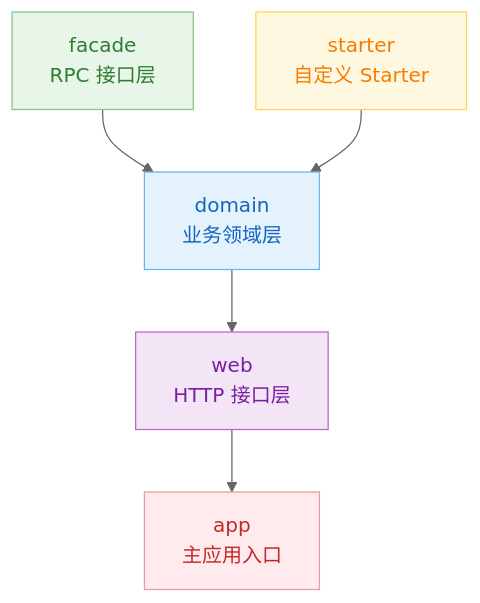
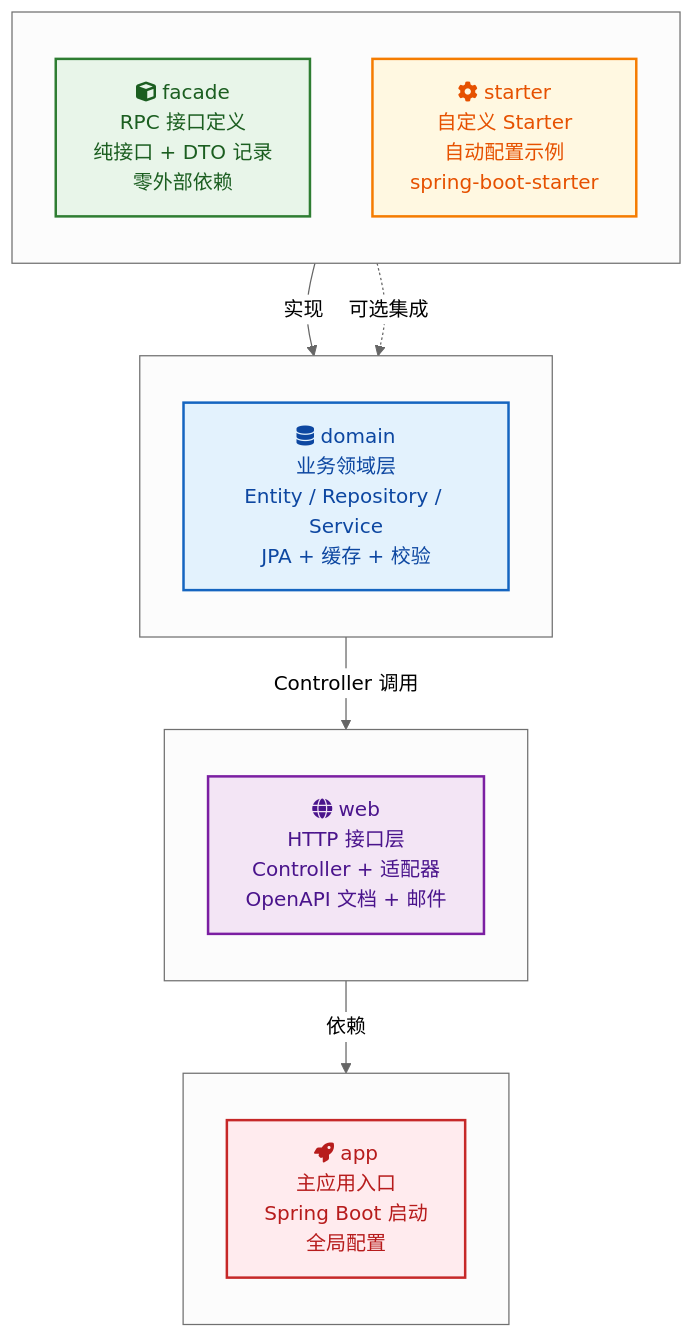
One commit to Ib3b/shopping-mall changed the diagram in README.md. Above: the diagram before and after it, drawn with Mermaid (neutral theme). The commit also changed other lines of this file, not shown here.

````diff
--- a/README.md
+++ b/README.md
@@ -37,13 +37,34 @@
 ```mermaid
 graph TB
-    facade["facade<br/>RPC 接口层"] --> domain["domain<br/>业务领域层"]
-    starter["starter<br/>自定义 Starter"] --> domain
-    domain --> web["web<br/>HTTP 接口层"]
-    web --> app["app<br/>主应用入口"]
+    subgraph " "
+        direction TB
+        F[fa:fa-cube facade<br/>RPC 接口定义<br/>纯接口 + DTO 记录<br/>零外部依赖] 
+        S[fa:fa-cog starter<br/>自定义 Starter<br/>自动配置示例<br/>spring-boot-starter]
+    end
 
-    style facade fill:#E8F5E9,stroke:#81C784,color:#2E7D32
-    style starter fill:#FFF8E1,stroke:#FFD54F,color:#F57C00
-    style domain fill:#E3F2FD,stroke:#64B5F6,color:#1565C0
-    style web fill:#F3E5F5,stroke:#BA68C8,color:#7B1FA2
-    style app fill:#FFEBEE,stroke:#EF9A9A,color:#C62828
+    subgraph " "
+        direction TB
+        D[fa:fa-database domain<br/>业务领域层<br/>Entity / Repository / Service<br/>JPA + 缓存 + 校验]
+    end
+
+    subgraph " "
+        direction TB
+        W[fa:fa-globe web<br/>HTTP 接口层<br/>Controller + 适配器<br/>OpenAPI 文档 + 邮件]
+    end
+
+    subgraph " "
+        direction TB
+        A[fa:fa-rocket app<br/>主应用入口<br/>Spring Boot 启动<br/>全局配置]
+    end
+
+    F -->|实现| D
+    S -.->|可选集成| D
+    D -->|Controller 调用| W
+    W -->|依赖| A
+
+    style F fill:#E8F5E9,stroke:#2E7D32,stroke-width:2px,color:#1B5E20,rounded
+    style S fill:#FFF8E1,stroke:#F57C00,stroke-width:2px,color:#E65100,rounded
+    style D fill:#E3F2FD,stroke:#1565C0,stroke-width:2px,color:#0D47A1,rounded
+    style W fill:#F3E5F5,stroke:#7B1FA2,stroke-width:2px,color:#4A148C,rounded
+    style A fill:#FFEBEE,stroke:#C62828,stroke-width:2px,color:#B71C1C,rounded
 ```
````
